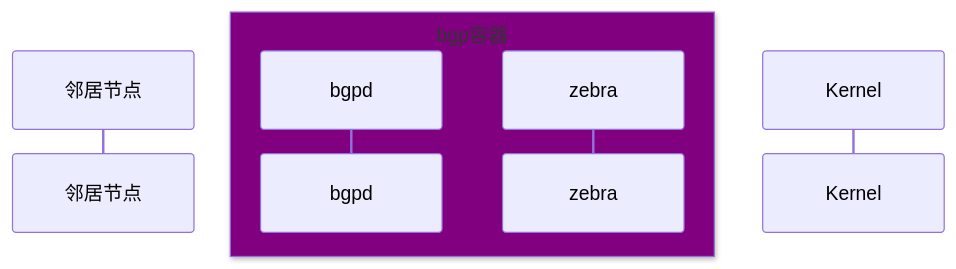
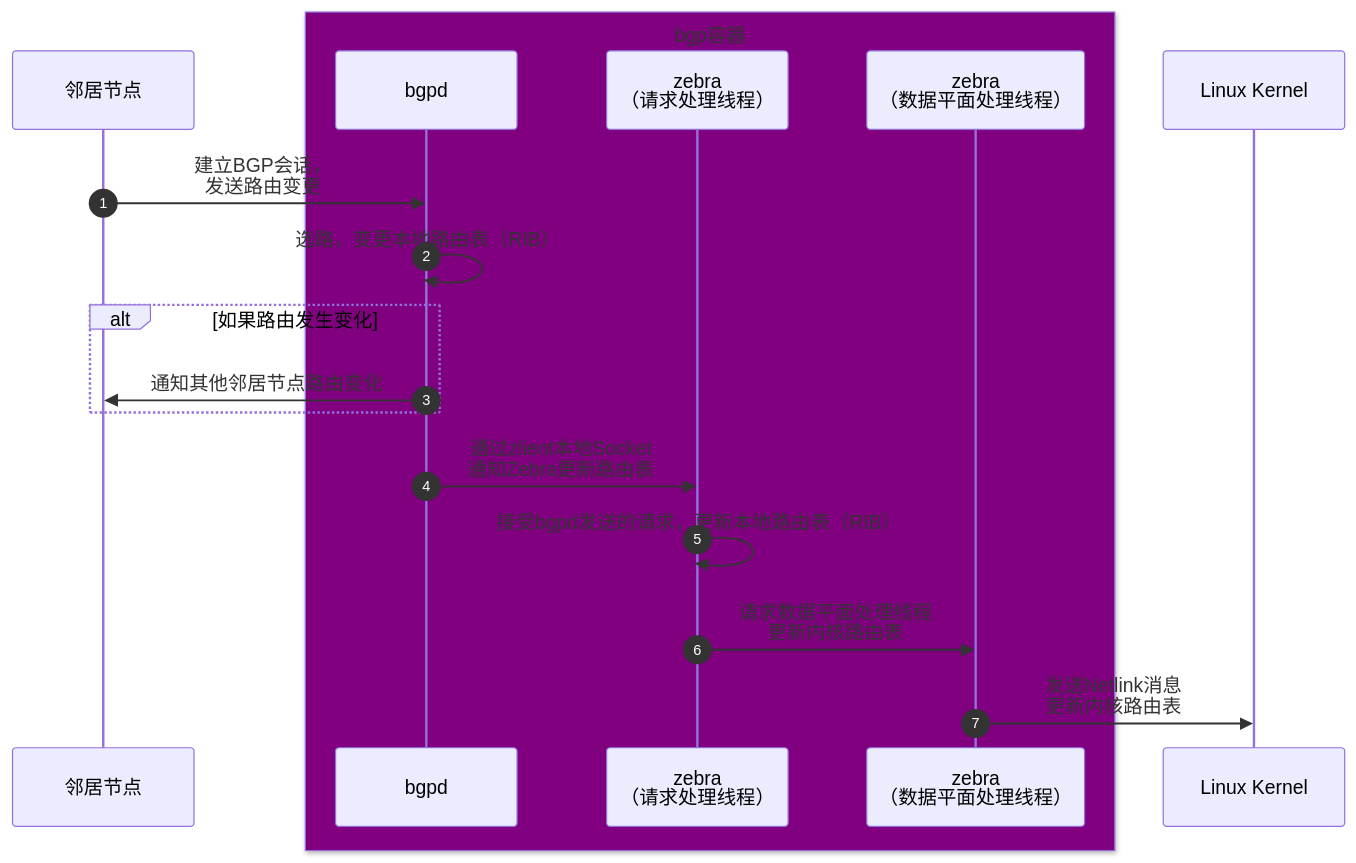
The first of 2 diagrams in src/5-2-bgp-workflow.md (r12f/sonic-book), drawn with Mermaid before and after one commit. The commit also changed other lines of this file and 4 other files, not shown here.

````diff
--- a/src/5-2-bgp-workflow.md
+++ b/src/5-2-bgp-workflow.md
@@ -126,10 +126,21 @@
 ```mermaid
 sequenceDiagram
     autonumber
     participant N as 邻居节点
     box purple bgp容器
     participant B as bgpd
-    participant Z as zebra
+    participant ZH as zebra<br/>（请求处理线程）
+    participant ZD as zebra<br/>（数据平面处理线程）
     end
-    participant K as Kernel
+    participant K as Linux Kernel
+
+    N->>B: 建立BGP会话，<br/>发送路由变更
+    B->>B: 选路，变更本地路由表（RIB）
+    alt 如果路由发生变化
+    B->>N: 通知其他邻居节点路由变化
+    end
+    B->>ZH: 通过zlient本地Socket<br/>通知Zebra更新路由表
+    ZH->>ZH: 接受bgpd发送的请求，更新本地路由表（RIB）
+    ZH->>ZD: 请求数据平面处理线程<br/>更新内核路由表
+    ZD->>K: 发送Netlink消息<br/>更新内核路由表
 ```
````
